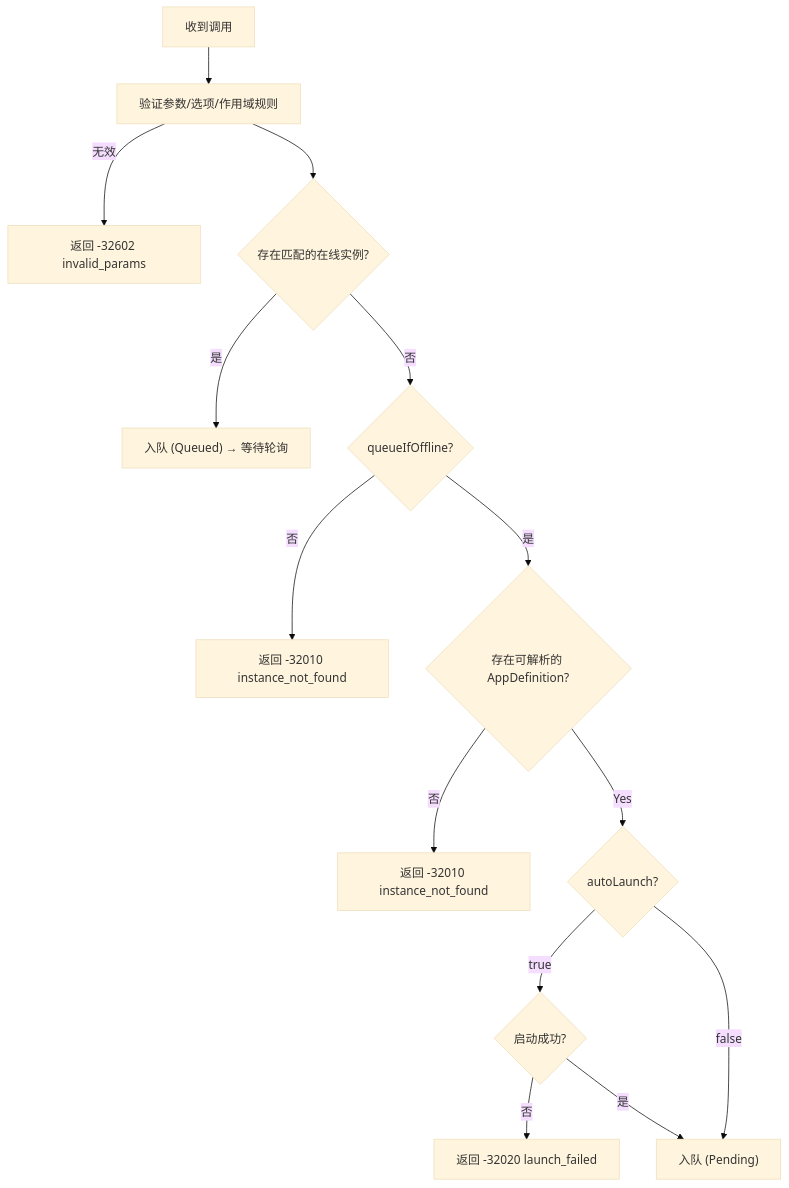
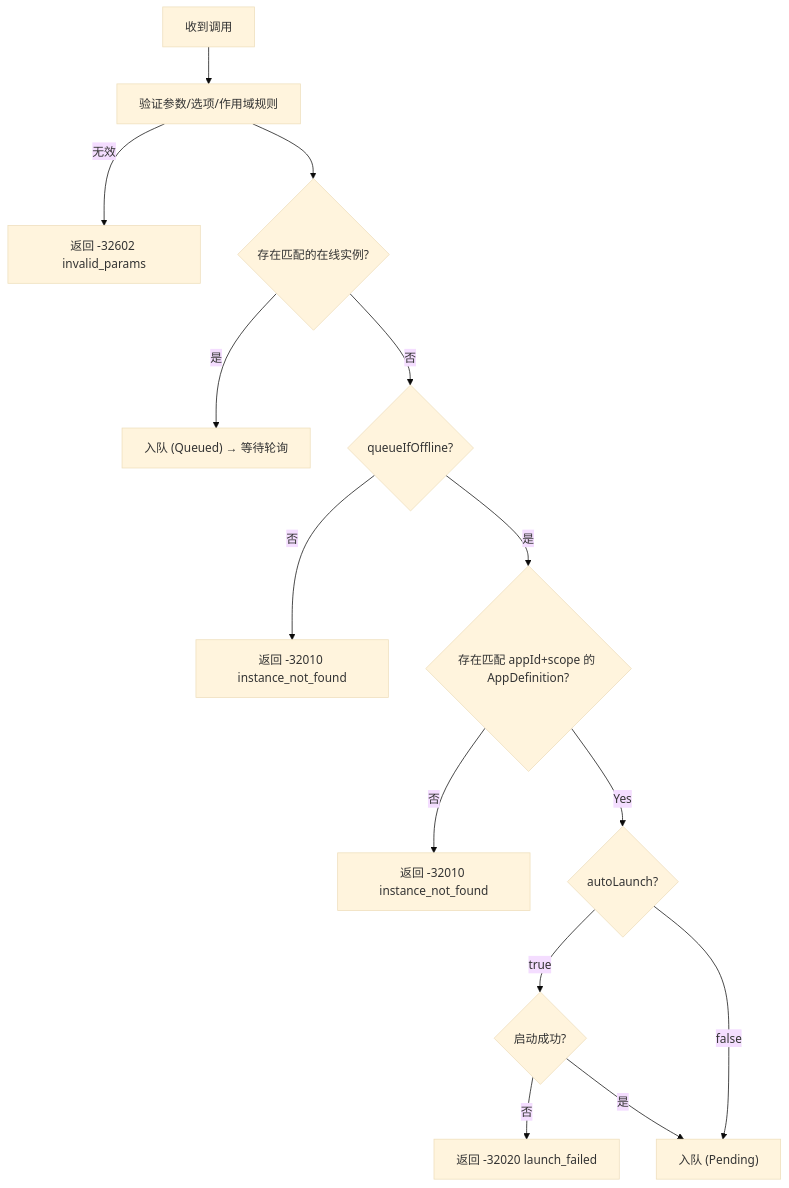
Before and after one commit to SolarianZ/DevHub: the second of 3 diagrams in docs/specification/protocol/Specification.md, drawn with Mermaid (base theme). The commit also changed other lines of this file and 10 other files, not shown here.

````diff
--- a/docs/specification/protocol/Specification.md
+++ b/docs/specification/protocol/Specification.md
@@ -1084,16 +1085,16 @@
 ```mermaid
 flowchart TD
     A[收到调用] --> B[验证参数/选项/作用域规则]
     B -->|无效| X[返回 -32602 invalid_params]
     B --> E{存在匹配的在线实例?}
     E -->|是| F["入队 (Queued) → 等待轮询"]
     E -->|否| G{queueIfOffline?}
     G -->|否| H[返回 -32010 instance_not_found]
-    G -->|是| CheckDef{存在可解析的 AppDefinition?}
+    G -->|是| CheckDef{存在匹配 appId+scope 的 AppDefinition?}
     CheckDef -->|否| H2[返回 -32010 instance_not_found]
     CheckDef -->|Yes| I{autoLaunch?}
     I -->|true| L{启动成功?}
     L -->|否| M[返回 -32020 launch_failed]
     L -->|是| N["入队 (Pending)"]
     I -->|false| N["入队 (Pending)"]
 ```
````
